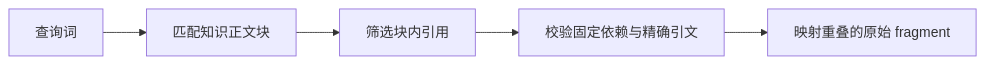
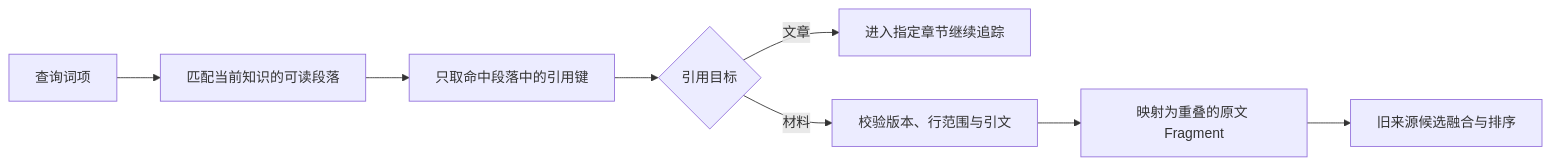
The diagram in .repo-review/knowledge/articles/c1d016bfceaa9ad6e811622ceb90acc5a8a4c40816edc2c9bb6689fa263f00e1.md (lejunyang/omem), drawn with Mermaid before and after one commit. The commit also changed other lines of this file and 23 other files, not shown here.

````diff
--- a/.repo-review/knowledge/articles/c1d016bfceaa9ad6e811622ceb90acc5a8a4c40816edc2c9bb6689fa263f00e1.md
+++ b/.repo-review/knowledge/articles/c1d016bfceaa9ad6e811622ceb90acc5a8a4c40816edc2c9bb6689fa263f00e1.md
@@ -19,7 +19,10 @@
 ```mermaid
 flowchart LR
-  Q[查询词] --> P[匹配知识正文块]
-  P --> C[筛选块内引用]
-  C --> V[校验固定依赖与精确引文]
-  V --> F[映射重叠的原始 fragment]
+  Q[查询词项] --> P[匹配当前知识的可读段落]
+  P --> K[只取命中段落中的引用键]
+  K --> T{引用目标}
+  T -->|文章| A[进入指定章节继续追踪]
+  T -->|材料| V[校验版本、行范围与引文]
+  V --> F[映射为重叠的原文 Fragment]
+  F --> R[旧来源候选融合与排序]
 ```
````
